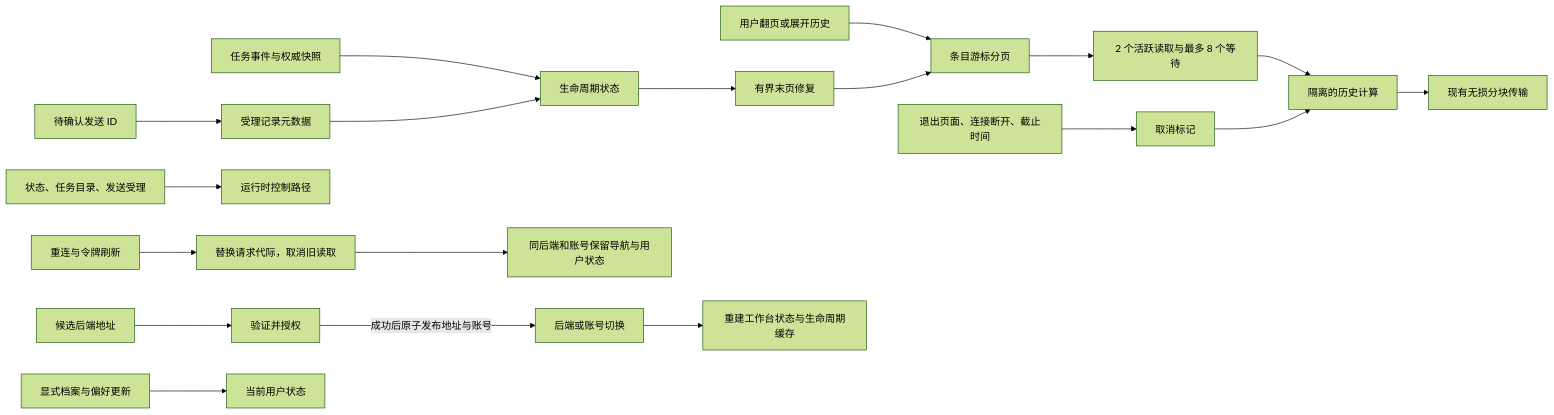
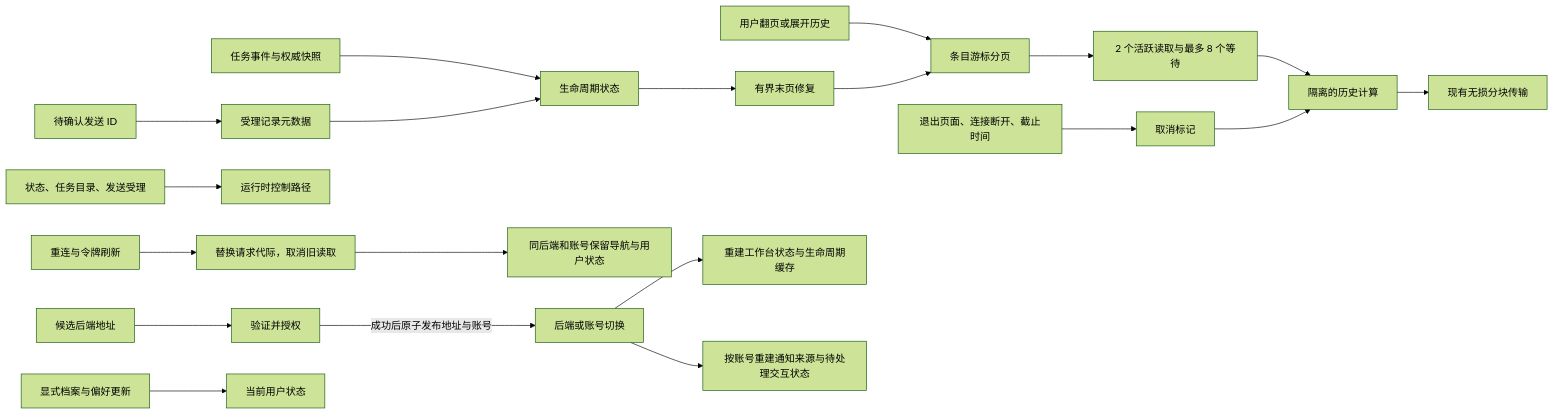
Before and after one commit to wecode-ai/Wegent: the diagram in docs/zh/wegent/developer-guide/wework-runtime-responsiveness.md, drawn with Mermaid (forest theme). The commit also changed other lines of this file and 3 other files, not shown here.

````diff
--- a/docs/zh/wegent/developer-guide/wework-runtime-responsiveness.md
+++ b/docs/zh/wegent/developer-guide/wework-runtime-responsiveness.md
@@ -28,21 +28,22 @@
 ```mermaid
 flowchart LR
     Stream[任务事件与权威快照] --> Lifecycle[生命周期状态]
     Queue[待确认发送 ID] --> Receipts[受理记录元数据]
     Receipts --> Lifecycle
     Lifecycle --> Repair[有界末页修复]
     User[用户翻页或展开历史] --> Page[条目游标分页]
     Repair --> Page
     Page --> Admission[2 个活跃读取与最多 8 个等待]
     Admission --> Worker[隔离的历史计算]
     Worker --> Transfer[现有无损分块传输]
     Cancel[退出页面、连接断开、截止时间] --> Token[取消标记]
     Token --> Worker
     Control[状态、任务目录、发送受理] --> Runtime[运行时控制路径]
     Transport[重连与令牌刷新] --> Generation[替换请求代际，取消旧读取]
     Generation --> Preserve[同后端和账号保留导航与用户状态]
     Owner[后端或账号切换] --> Reset[重建工作台状态与生命周期缓存]
+    Owner --> Notifications[按账号重建通知来源与待处理交互状态]
     Candidate[候选后端地址] --> Auth[验证并授权]
     Auth -->|成功后原子发布地址与账号| Owner
     Profile[显式档案与偏好更新] --> UserState[当前用户状态]
 ```
````
